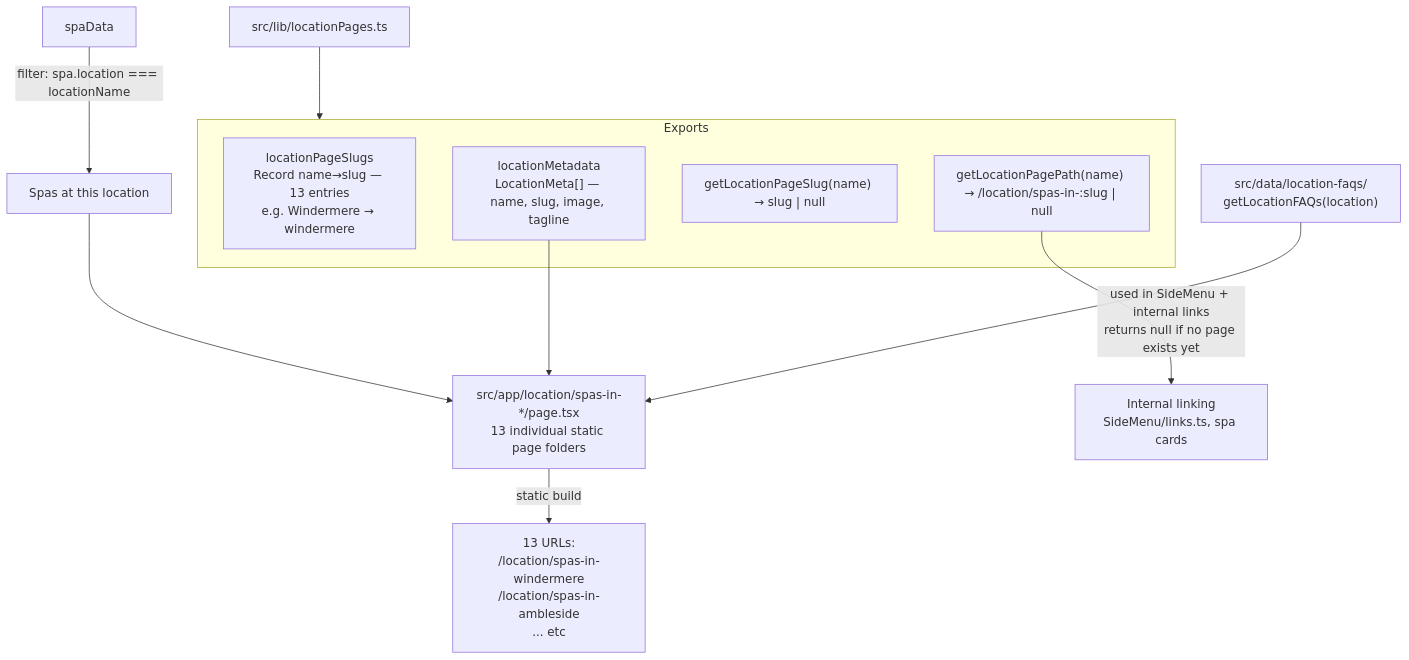
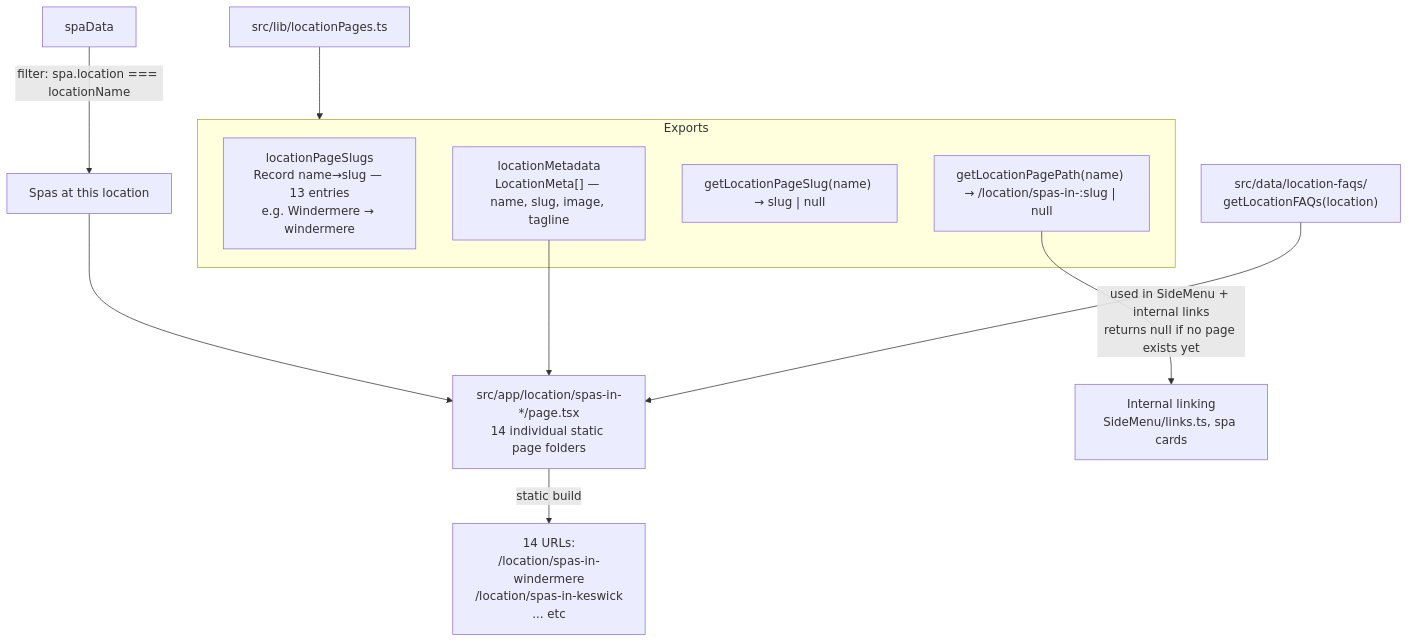
The diagram in .claude/diagrams/07-location-pages.md (MattyGlen123/lake-district-spas), drawn with Mermaid before and after one commit. The commit also changed 2 other files, not shown here.

Commit message:
chore: update diagrams

````diff
--- a/.claude/diagrams/07-location-pages.md
+++ b/.claude/diagrams/07-location-pages.md
@@ -3,23 +3,23 @@
 ```mermaid
 flowchart TD
     locationLib["src/lib/locationPages.ts"]
 
     subgraph Exports["Exports"]
         slugMap["locationPageSlugs\nRecord name→slug — 13 entries\ne.g. Windermere → windermere"]
         metadata["locationMetadata\nLocationMeta[] — name, slug, image, tagline"]
         getSlug["getLocationPageSlug(name) → slug | null"]
         getPath["getLocationPagePath(name) → /location/spas-in-:slug | null"]
     end
 
     locationLib --> Exports
 
     spaData["spaData"] --> |"filter: spa.location === locationName"| localSpas["Spas at this location"]
 
-    localSpas --> LocationPage["src/app/location/spas-in-*/page.tsx\n13 individual static page folders"]
+    localSpas --> LocationPage["src/app/location/spas-in-*/page.tsx\n14 individual static page folders"]
     metadata --> LocationPage
     locationFaqs["src/data/location-faqs/\ngetLocationFAQs(location)"] --> LocationPage
 
-    LocationPage --> |"static build"| rendered["13 URLs:\n/location/spas-in-windermere\n/location/spas-in-ambleside\n... etc"]
+    LocationPage --> |"static build"| rendered["14 URLs:\n/location/spas-in-windermere\n/location/spas-in-keswick\n... etc"]
 
     getPath --> |"used in SideMenu + internal links\nreturns null if no page exists yet"| internalLinks["Internal linking\nSideMenu/links.ts, spa cards"]
 ```
````
